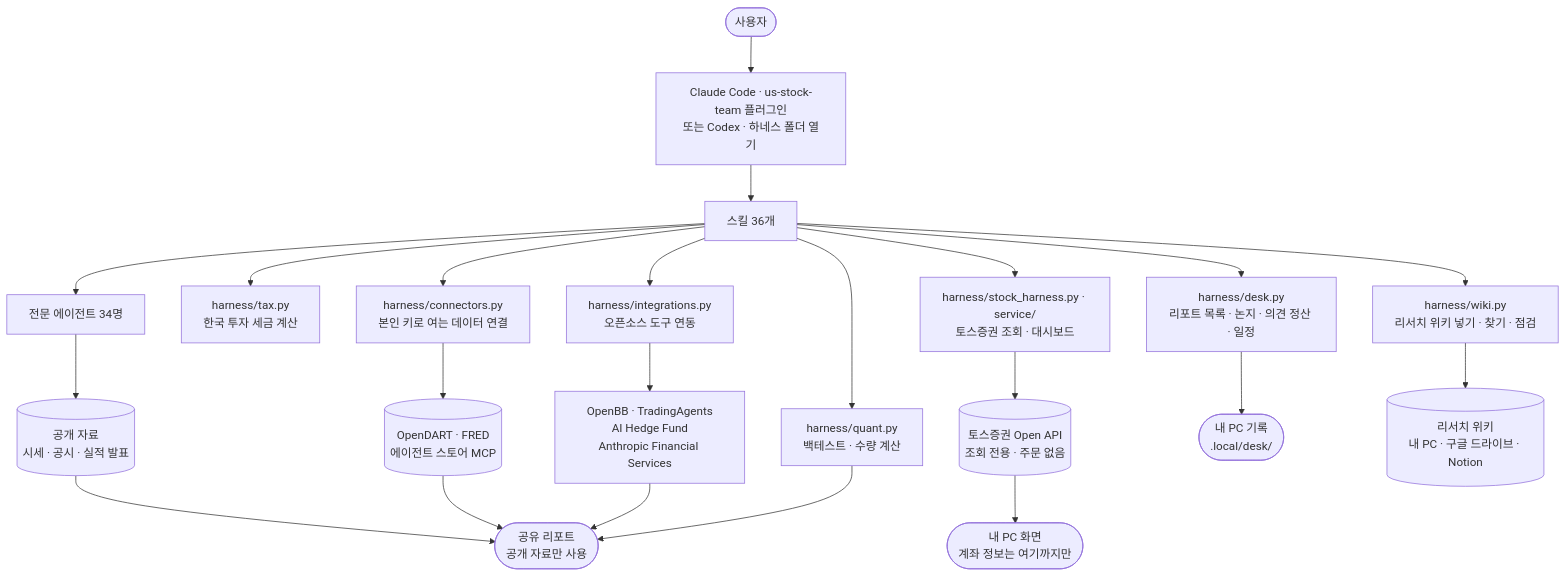
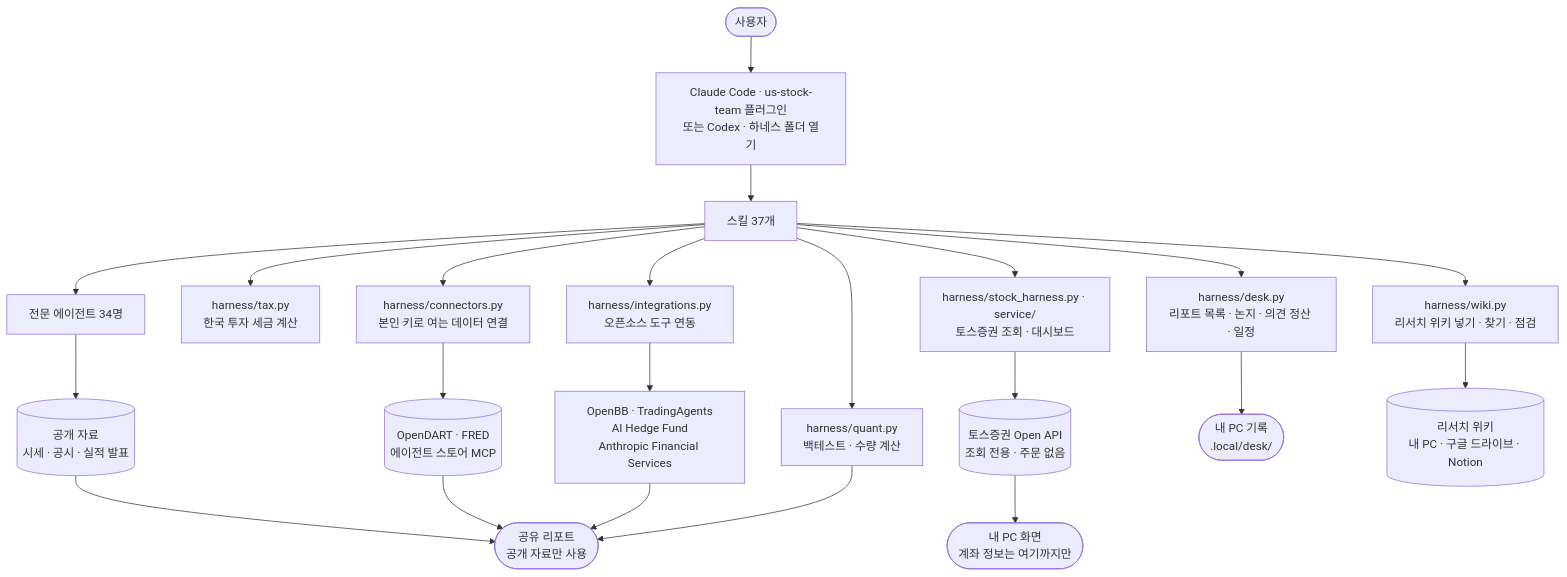
The second of 2 diagrams in README.md (seulee26/stock-team-harness), drawn with Mermaid before and after one commit. The commit also changed other lines of this file and 11 other files, not shown here.

````diff
--- a/README.md
+++ b/README.md
@@ -139,26 +139,26 @@
 ```mermaid
 flowchart TD
     U(["사용자"]) --> AI["Claude Code · us-stock-team 플러그인<br/>또는 Codex · 하네스 폴더 열기"]
-    AI --> SK["스킬 36개"]
+    AI --> SK["스킬 37개"]
     SK --> AG["전문 에이전트 34명"]
     SK --> TX["harness/tax.py<br/>한국 투자 세금 계산"]
     SK --> WK["harness/wiki.py<br/>리서치 위키 넣기 · 찾기 · 점검"]
     SK --> DK["harness/desk.py<br/>리포트 목록 · 논지 · 의견 정산 · 일정"]
     SK --> QN["harness/quant.py<br/>백테스트 · 수량 계산"]
     SK --> CN["harness/connectors.py<br/>본인 키로 여는 데이터 연결"]
     SK --> HI["harness/integrations.py<br/>오픈소스 도구 연동"]
     SK --> HT["harness/stock_harness.py · service/<br/>토스증권 조회 · 대시보드"]
 
     AG --> PUB[("공개 자료<br/>시세 · 공시 · 실적 발표")]
     CN --> DATA[("OpenDART · FRED<br/>에이전트 스토어 MCP")]
     HI --> OSS["OpenBB · TradingAgents<br/>AI Hedge Fund<br/>Anthropic Financial Services"]
     HT --> TOSS[("토스증권 Open API<br/>조회 전용 · 주문 없음")]
 
     PUB --> REP(["공유 리포트<br/>공개 자료만 사용"])
     DATA --> REP
     OSS --> REP
     QN --> REP
     DK --> LOC(["내 PC 기록<br/>.local/desk/"])
     WK --> WIKI[("리서치 위키<br/>내 PC · 구글 드라이브 · Notion")]
     TOSS --> PC(["내 PC 화면<br/>계좌 정보는 여기까지만"])
 ```
````
